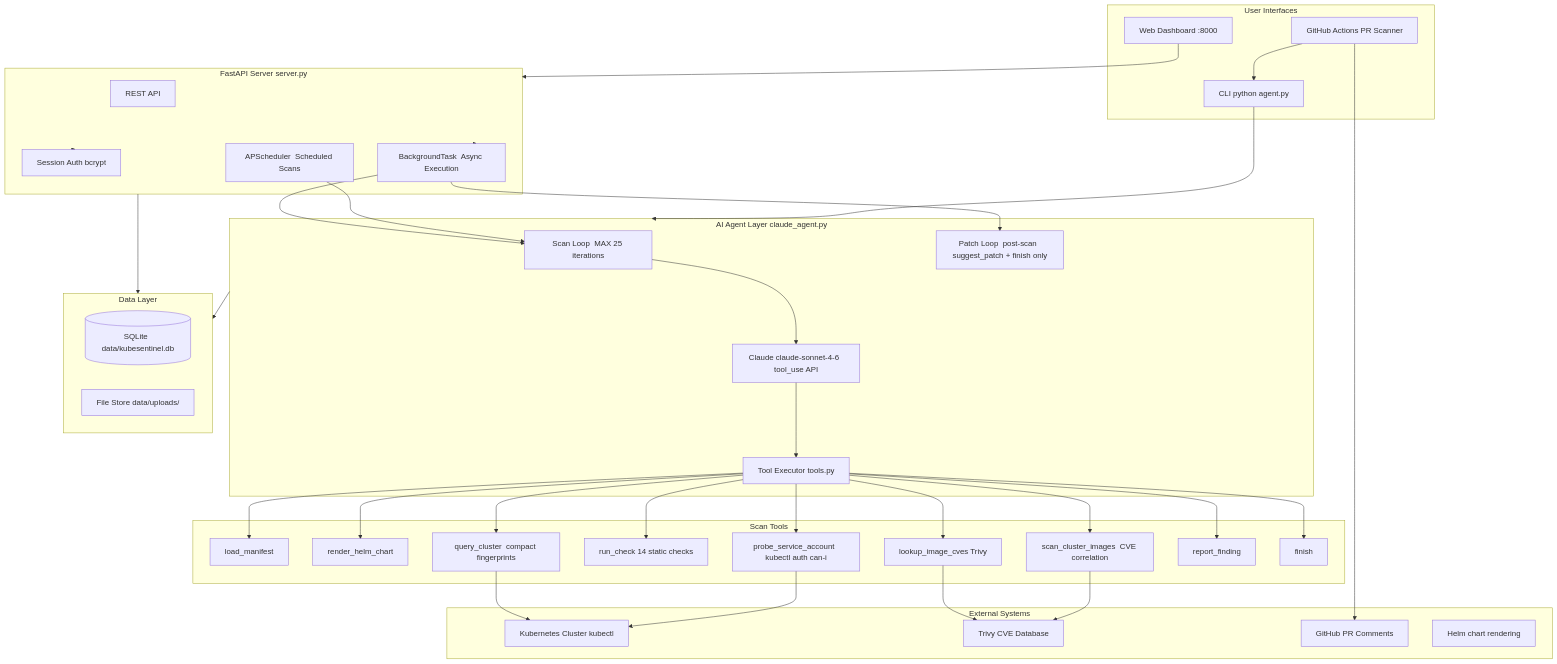
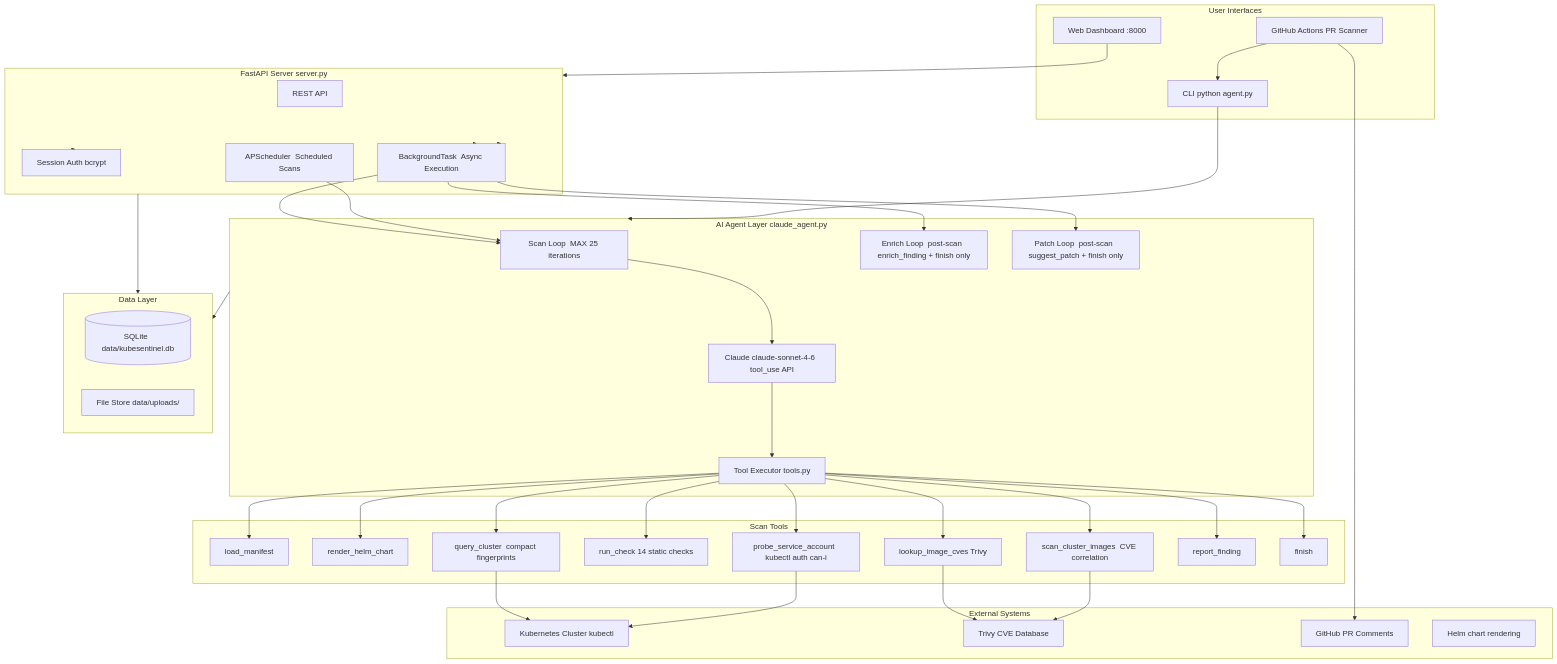
One commit to jaydenaung/k8s-yaml-misconfig-checker-agent changed the diagram in README.md. Above: the diagram before and after it, drawn with Mermaid. The commit also changed other lines of this file, not shown here.

````diff
--- a/README.md
+++ b/README.md
@@ -36,62 +36,64 @@
 ```mermaid
 graph TB
     subgraph Interfaces["User Interfaces"]
         CLI["CLI  python agent.py"]
         WEB["Web Dashboard  :8000"]
         GHA["GitHub Actions  PR Scanner"]
     end
 
     subgraph Server["FastAPI Server  server.py"]
         API["REST API"]
         AUTH["Session Auth  bcrypt"]
         SCHED["APScheduler  Scheduled Scans"]
         BG["BackgroundTask  Async Execution"]
     end
 
     subgraph Agent["AI Agent Layer  claude_agent.py"]
         LOOP["Scan Loop  MAX 25 iterations"]
         CLAUDE["Claude claude-sonnet-4-6  tool_use API"]
         TOOLS["Tool Executor  tools.py"]
+        ENRICH["Enrich Loop  post-scan  enrich_finding + finish only"]
         PATCH["Patch Loop  post-scan  suggest_patch + finish only"]
     end
 
     subgraph ToolSet["Scan Tools"]
         T1["load_manifest"]
         T2["render_helm_chart"]
         T3["query_cluster  compact fingerprints"]
         T4["run_check  14 static checks"]
         T5["lookup_image_cves  Trivy"]
         T6["probe_service_account  kubectl auth can-i"]
         T7["scan_cluster_images  CVE correlation"]
         T8["report_finding"]
         T9["finish"]
     end
 
     subgraph Storage["Data Layer"]
         DB[("SQLite  data/kubesentinel.db")]
         FS["File Store  data/uploads/"]
     end
 
     subgraph External["External Systems"]
         K8S["Kubernetes Cluster  kubectl"]
         TRIVY["Trivy  CVE Database"]
         GH["GitHub  PR Comments"]
         HELM["Helm  chart rendering"]
     end
 
     CLI --> Agent
     WEB --> Server
     GHA --> CLI
     Server --> BG --> LOOP
+    Server --> BG --> ENRICH
     Server --> BG --> PATCH
     SCHED --> LOOP
     LOOP --> CLAUDE --> TOOLS
     TOOLS --> T1 & T2 & T3 & T4 & T5 & T6 & T7 & T8 & T9
     T3 --> K8S
     T5 & T7 --> TRIVY
     T6 --> K8S
     Agent --> Storage
     Server --> Storage
     Server --> AUTH
     GHA --> GH
 ```
````
